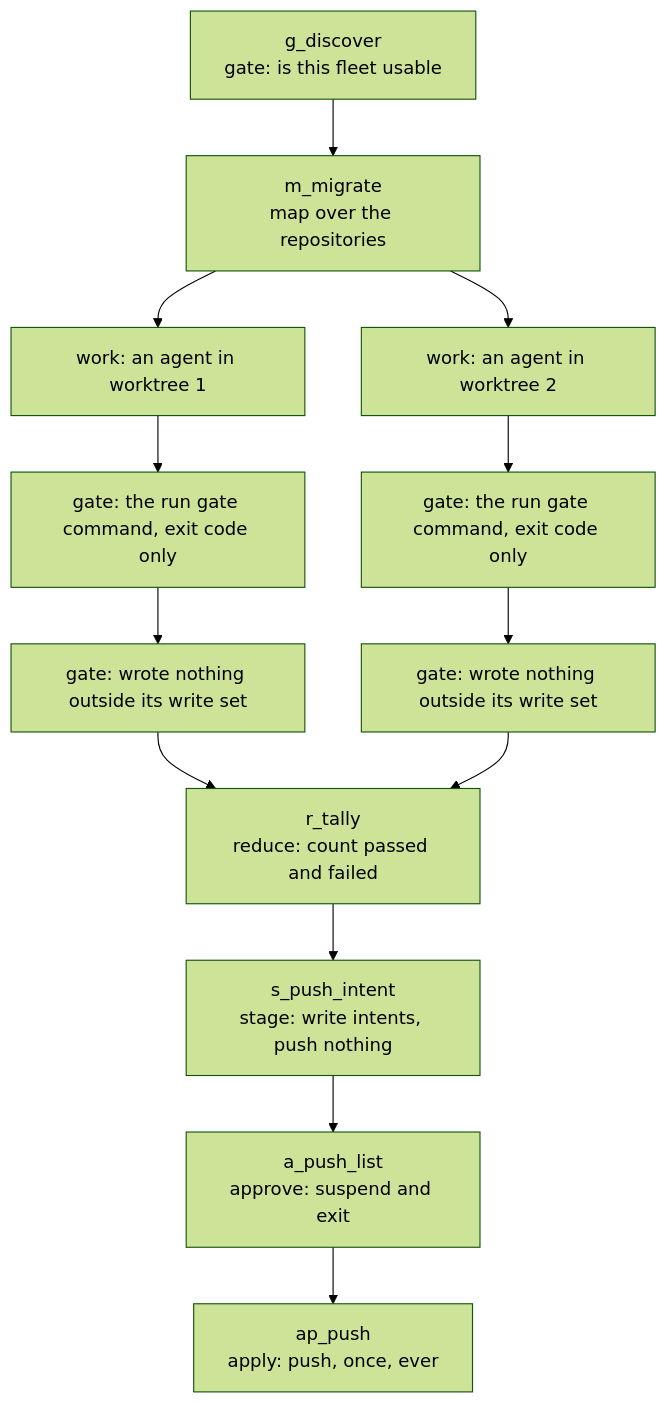
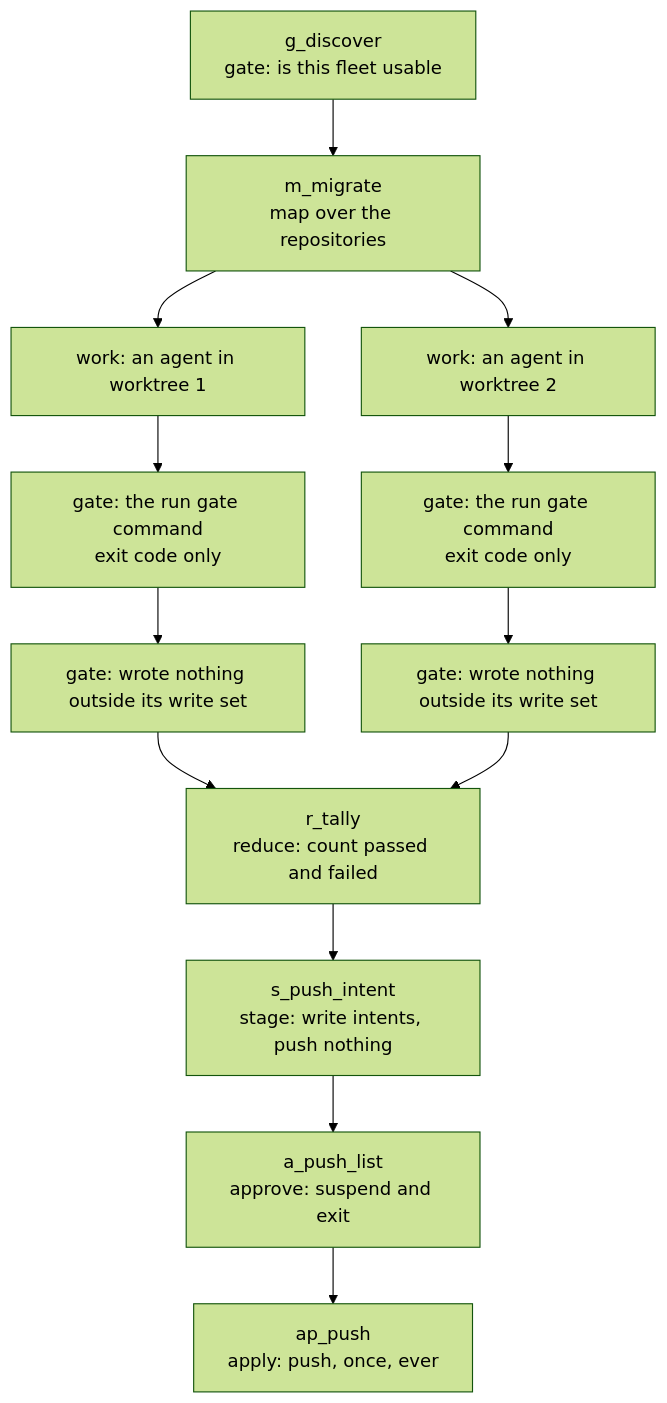
Before and after one commit to bitranox/agentdag: the second of 2 diagrams in docs/architecture-overview.md, drawn with Mermaid (forest theme). The commit also changed 2 other files, not shown here.

Commit message:
Put the configurable-gate note under the coordinator, not the baseline
My own previous commit moved the claim to the wrong section. The Graph A section
documents the M1 BASELINE - agentdag graph-a run - whose composition wires the gate
with no command at all, so its gate really is make test and being fixed at that is
part of what makes it the control. It is the KERNEL (agentdag run) that reads
[kernel] gate_command, so the note belongs in its section, with the baseline's
paragraph pointing at it.

````diff
--- a/docs/architecture-overview.md
+++ b/docs/architecture-overview.md
@@ -49,16 +49,16 @@
 ```mermaid
 graph TD
     DISCOVER["g_discover<br/>gate: is this fleet usable"]
     DISCOVER --> MAP["m_migrate<br/>map over the repositories"]
     MAP --> W1["work: an agent in worktree 1"]
     MAP --> W2["work: an agent in worktree 2"]
-    W1 --> G1["gate: the run gate command, exit code only"]
-    W2 --> G2["gate: the run gate command, exit code only"]
+    W1 --> G1["gate: the run gate command<br/>exit code only"]
+    W2 --> G2["gate: the run gate command<br/>exit code only"]
     G1 --> S1["gate: wrote nothing outside its write set"]
     G2 --> S2["gate: wrote nothing outside its write set"]
     S1 --> TALLY["r_tally<br/>reduce: count passed and failed"]
     S2 --> TALLY
     TALLY --> STAGE["s_push_intent<br/>stage: write intents, push nothing"]
     STAGE --> APPROVE["a_push_list<br/>approve: suspend and exit"]
     APPROVE --> APPLY["ap_push<br/>apply: push, once, ever"]
 ```
````
